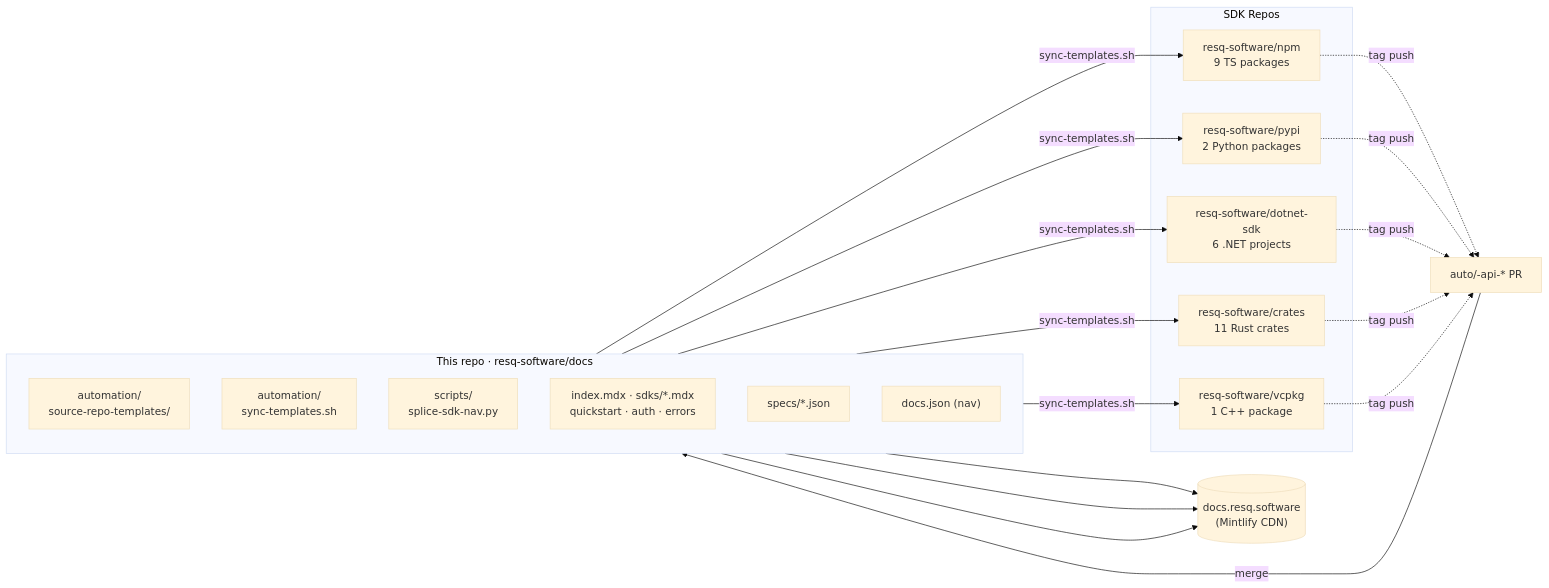
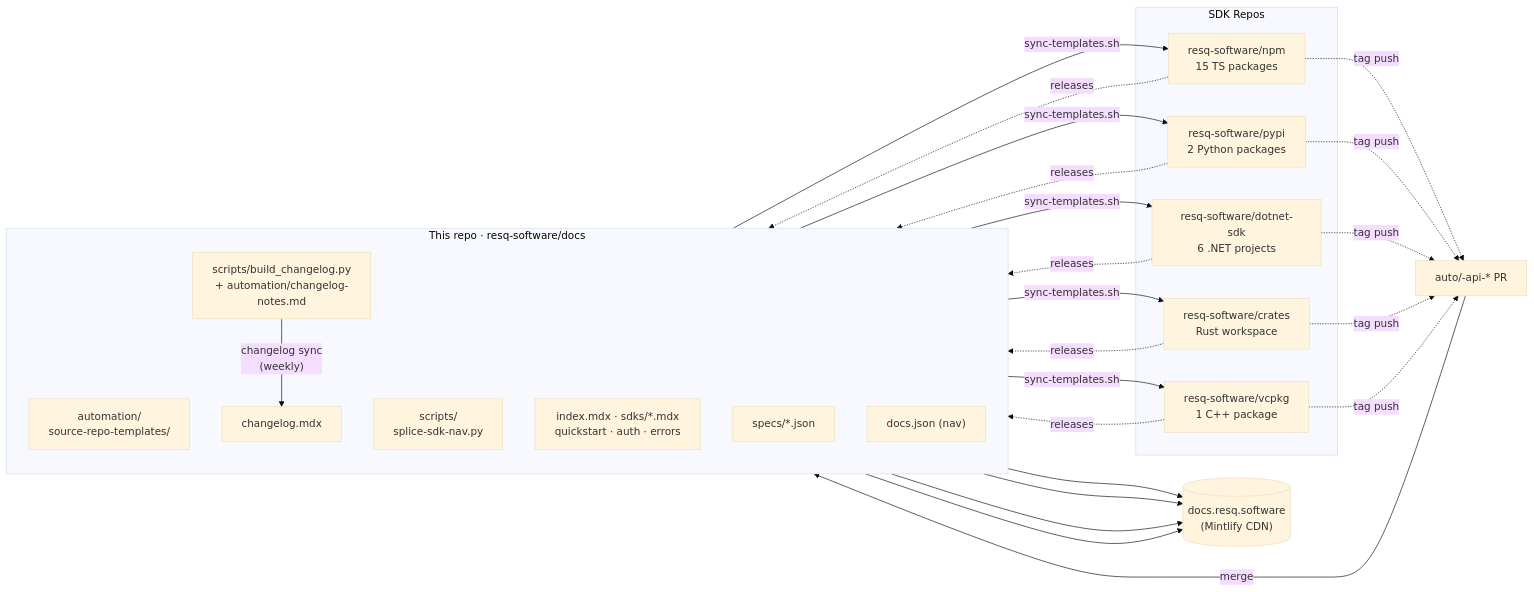
Before and after one commit to resq-software/docs: the diagram in README.md, drawn with Mermaid (base theme). The commit also changed other lines of this file, not shown here.

Commit message:
docs(readme): refresh for current SDK coverage and the changelog automation (#111)
- npm now documents 15 packages, not 9 (the mermaid was stale); crates shown
  as a workspace rather than a fixed count that drifts.
- Add the changelog automation to the architecture diagram and layout table:
  scripts/build_changelog.py, automation/changelog-notes.md, changelog.mdx,
  plus scripts/i18n_parity.py and .i18n-exempt, none of which were listed.
- Note the npm scope rename (@resq-sw -> @resq-systems) by the tag-trigger
  example and freshen the example versions.
- MDX gotchas: the generator (and authors) now escape both < and >.

````diff
--- a/README.md
+++ b/README.md
@@ -15,39 +15,44 @@
 ```mermaid
 flowchart LR
     subgraph SDK Repos
-      NPM["resq-software/npm<br/>9 TS packages"]
+      NPM["resq-software/npm<br/>15 TS packages"]
       PYPI["resq-software/pypi<br/>2 Python packages"]
       DOTNET["resq-software/dotnet-sdk<br/>6 .NET projects"]
-      CRATES["resq-software/crates<br/>11 Rust crates"]
+      CRATES["resq-software/crates<br/>Rust workspace"]
       VCPKG["resq-software/vcpkg<br/>1 C++ package"]
     end
 
     subgraph "This repo · resq-software/docs"
       direction TB
       TPL["automation/<br/>source-repo-templates/"]
-      SYNC["automation/<br/>sync-templates.sh"]
       SPLICE["scripts/<br/>splice-sdk-nav.py"]
+      CLGEN["scripts/build_changelog.py<br/>+ automation/changelog-notes.md"]
       MDX["index.mdx · sdks/*.mdx<br/>quickstart · auth · errors"]
       OPENAPI["specs/*.json"]
+      CHANGELOG["changelog.mdx"]
       DOCSJSON["docs.json (nav)"]
     end
 
     PROD[("docs.resq.software<br/>(Mintlify CDN)")]
 
     TPL -- sync-templates.sh --> NPM
     TPL -- sync-templates.sh --> PYPI
     TPL -- sync-templates.sh --> DOTNET
     TPL -- sync-templates.sh --> CRATES
     TPL -- sync-templates.sh --> VCPKG
 
     NPM -. tag push .-> AUTOPR["auto/<lang>-api-* PR"]
     PYPI -. tag push .-> AUTOPR
     DOTNET -. tag push .-> AUTOPR
     CRATES -. tag push .-> AUTOPR
     VCPKG -. tag push .-> AUTOPR
 
+    NPM & PYPI & DOTNET & CRATES & VCPKG -. releases .-> CLGEN
+    CLGEN -- "changelog sync<br/>(weekly)" --> CHANGELOG
+
     AUTOPR -- merge --> DOCSJSON
     MDX --> PROD
     OPENAPI --> PROD
+    CHANGELOG --> PROD
     DOCSJSON --> PROD
 ```
````
